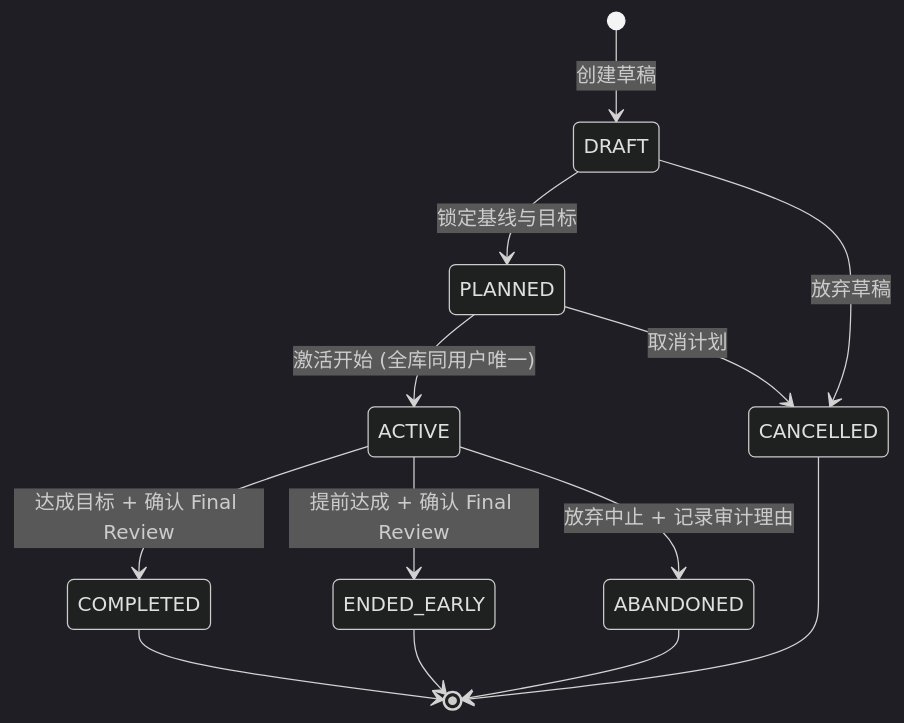
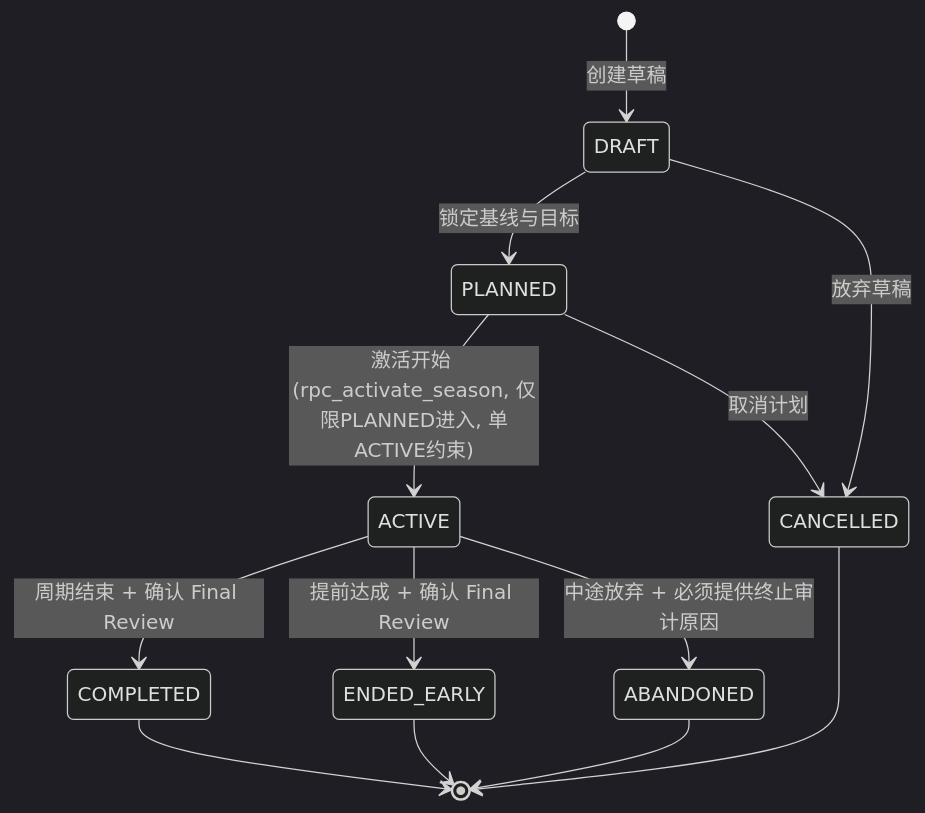
The second of 4 diagrams in docs/Phase8/01_OUTER_LOOP_DOMAIN_MODEL.md (Daylily-Huang/AI-Personal-Growth-RPG), drawn with Mermaid (dark theme) before and after one commit. The commit also changed other lines of this file and 11 other files, not shown here.

````diff
--- a/docs/Phase8/01_OUTER_LOOP_DOMAIN_MODEL.md
+++ b/docs/Phase8/01_OUTER_LOOP_DOMAIN_MODEL.md
@@ -175,15 +203,15 @@
 ```mermaid
 stateDiagram-v2
     [*] --> DRAFT : 创建草稿
     DRAFT --> PLANNED : 锁定基线与目标
     DRAFT --> CANCELLED : 放弃草稿
-    PLANNED --> ACTIVE : 激活开始 (全库同用户唯一)
+    PLANNED --> ACTIVE : 激活开始 (rpc_activate_season, 仅限PLANNED进入, 单ACTIVE约束)
     PLANNED --> CANCELLED : 取消计划
-    ACTIVE --> COMPLETED : 达成目标 + 确认 Final Review
+    ACTIVE --> COMPLETED : 周期结束 + 确认 Final Review
     ACTIVE --> ENDED_EARLY : 提前达成 + 确认 Final Review
-    ACTIVE --> ABANDONED : 放弃中止 + 记录审计理由
+    ACTIVE --> ABANDONED : 中途放弃 + 必须提供终止审计原因
     COMPLETED --> [*]
     ENDED_EARLY --> [*]
     ABANDONED --> [*]
     CANCELLED --> [*]
 ```
````
